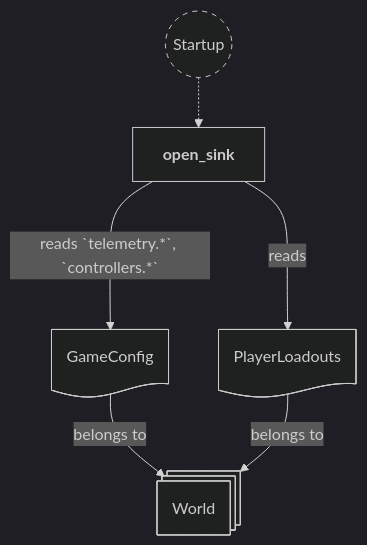
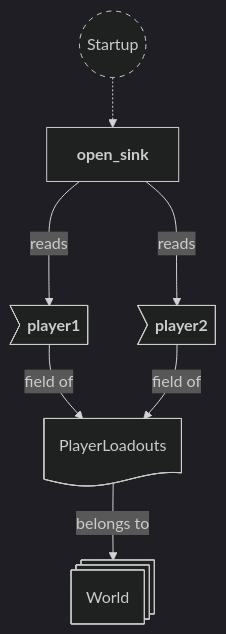
One commit to neurosoup/tyled changed the second of 9 diagrams in backlog/docs/doc-21 - 019-Telemetry-plugin.md. Above: the diagram before and after it, drawn with Mermaid. The commit also changed other lines of this file, not shown here.

Commit message:
Docs: update doc-21 telemetry plugin and simplify text

````diff
--- a/backlog/docs/doc-21 - 019-Telemetry-plugin.md
+++ b/backlog/docs/doc-21 - 019-Telemetry-plugin.md
@@ -64,23 +94,27 @@
 ```mermaid
 ---
 config:
   theme: dark
 ---
 
 flowchart TD
 classDef system-group stroke-dasharray: 5 5
 
 startup(("`Startup`")):::system-group
 open_sink["`**open_sink**`"]
 
 startup -.-> open_sink
 
 world@{ shape: st-rect, label: "World" }
-config_res@{ shape: doc, label: "GameConfig" }
 loadouts_res@{ shape: doc, label: "PlayerLoadouts" }
-config_res --> |belongs to| world
+
+pl_player1>"`**player1**`"]
+pl_player2>"`**player2**`"]
+
 loadouts_res --> |belongs to| world
+pl_player1 --> |field of| loadouts_res
+pl_player2 --> |field of| loadouts_res
 
-open_sink ---> |reads `telemetry.*`, `controllers.*`| config_res
-open_sink ---> |reads| loadouts_res
+open_sink ---> |reads| pl_player1
+open_sink ---> |reads| pl_player2
 ```
````
